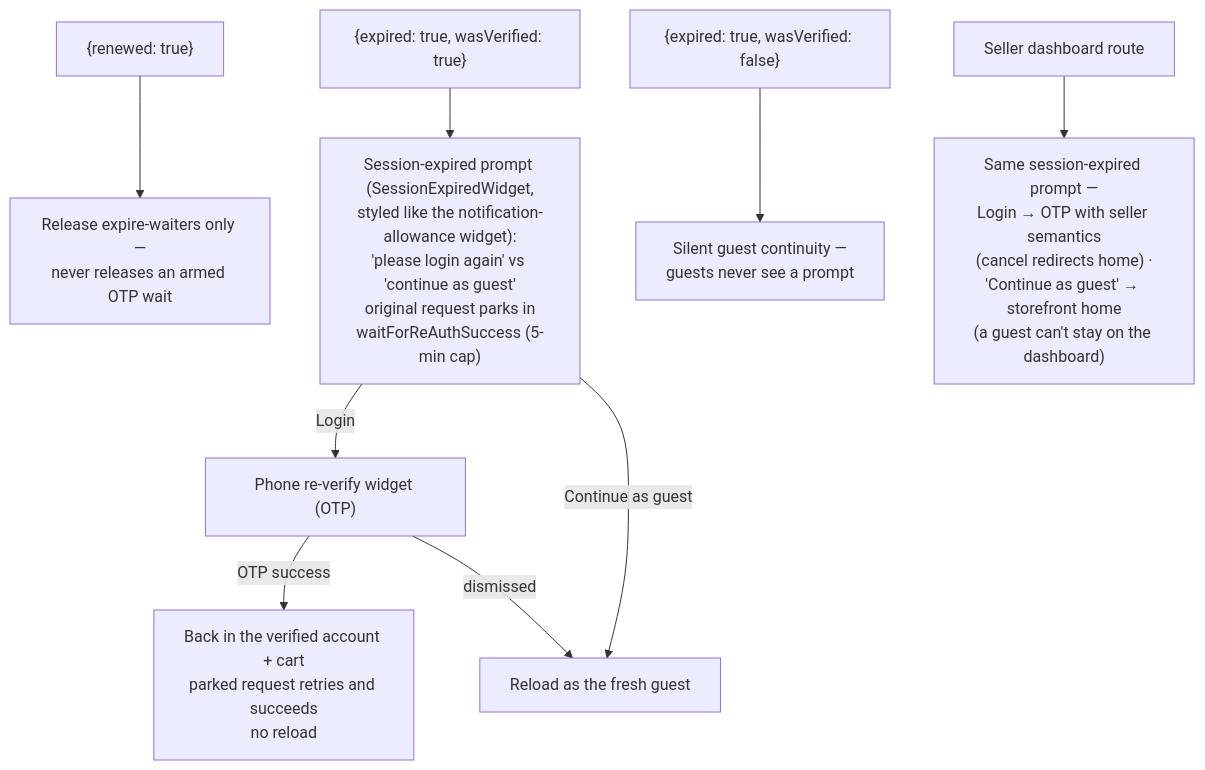
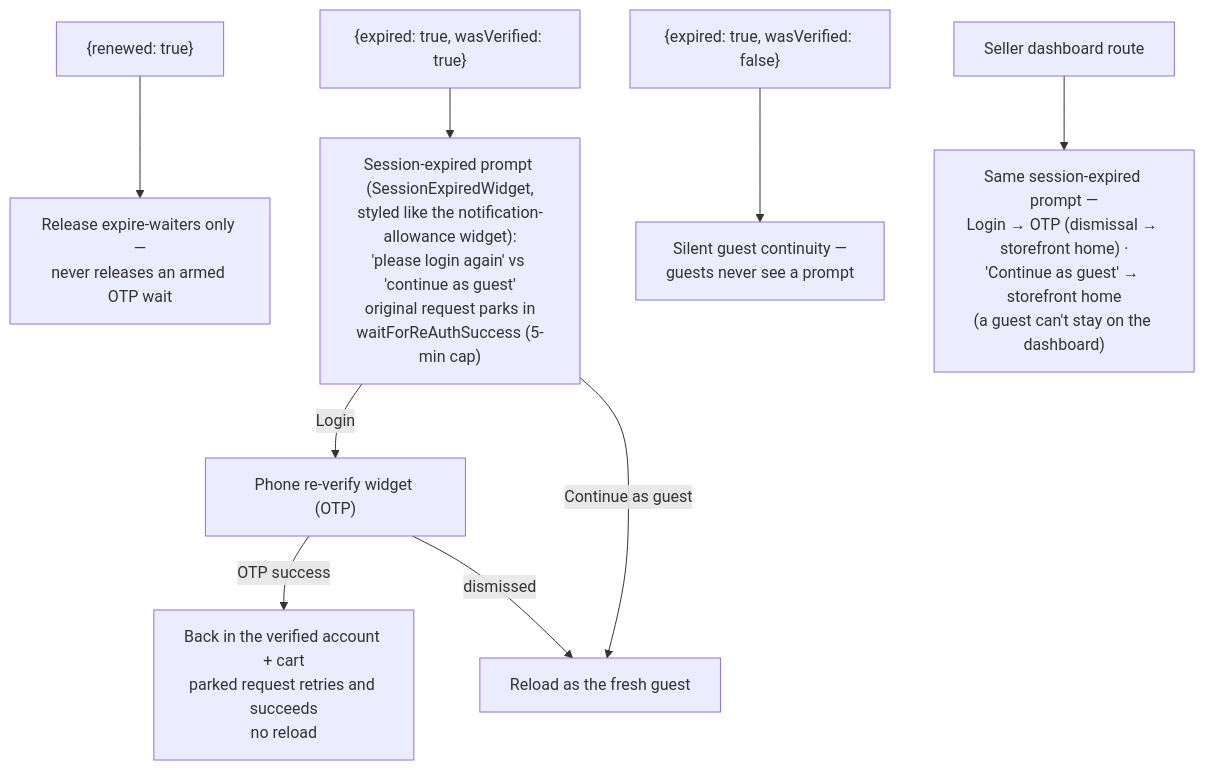
Before and after one commit to AlaaAsaad57/Trydos: the sixth of 6 diagrams in REFRESH-FLOWS.md, drawn with Mermaid. The commit also changed 3 other files, not shown here.

First line of the commit message:
docs(auth): document session renewal architecture and refine re-auth logic

````diff
--- a/REFRESH-FLOWS.md
+++ b/REFRESH-FLOWS.md
@@ -154,11 +154,11 @@
 ```mermaid
 flowchart TD
     A["{renewed: true}"] --> B["Release expire-waiters only —<br/>never releases an armed OTP wait"]
     C["{expired: true, wasVerified: true}"] --> D["Session-expired prompt (SessionExpiredWidget,<br/>styled like the notification-allowance widget):<br/>'please login again' vs 'continue as guest'<br/>original request parks in<br/>waitForReAuthSuccess (5-min cap)"]
     D -->|Login| D2["Phone re-verify widget (OTP)"]
     D2 -->|OTP success| E[Back in the verified account + cart<br/>parked request retries and succeeds<br/>no reload]
     D -->|Continue as guest| F[Reload as the fresh guest]
     D2 -->|dismissed| F
     G["{expired: true, wasVerified: false}"] --> H[Silent guest continuity —<br/>guests never see a prompt]
-    I[Seller dashboard route] --> J["Same session-expired prompt —<br/>Login → OTP with seller semantics<br/>(cancel redirects home) ·<br/>'Continue as guest' → storefront home<br/>(a guest can't stay on the dashboard)"]
+    I[Seller dashboard route] --> J["Same session-expired prompt —<br/>Login → OTP (dismissal → storefront home) ·<br/>'Continue as guest' → storefront home<br/>(a guest can't stay on the dashboard)"]
 ```
````
